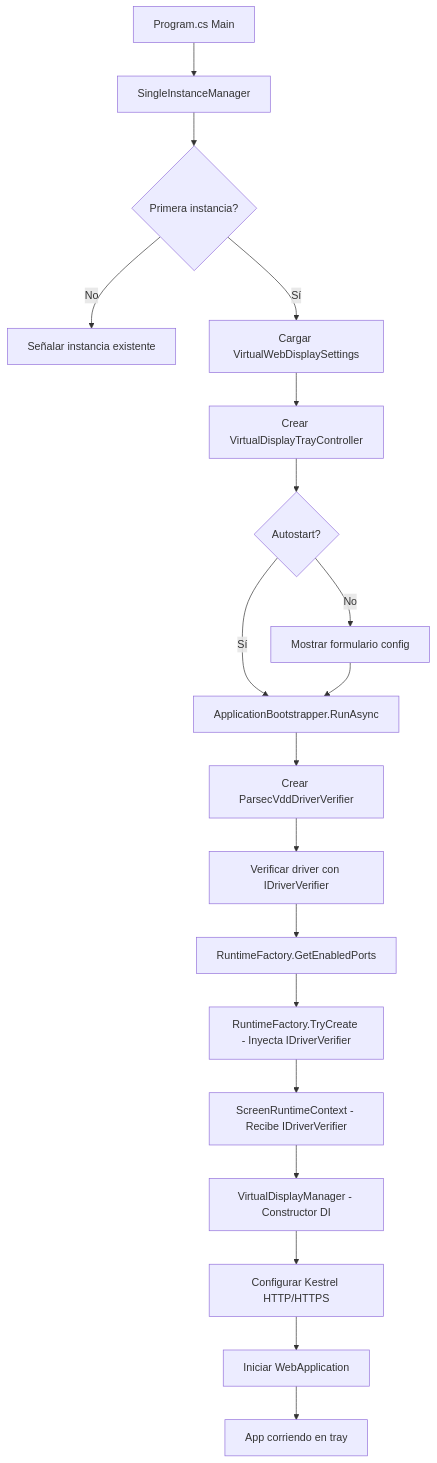
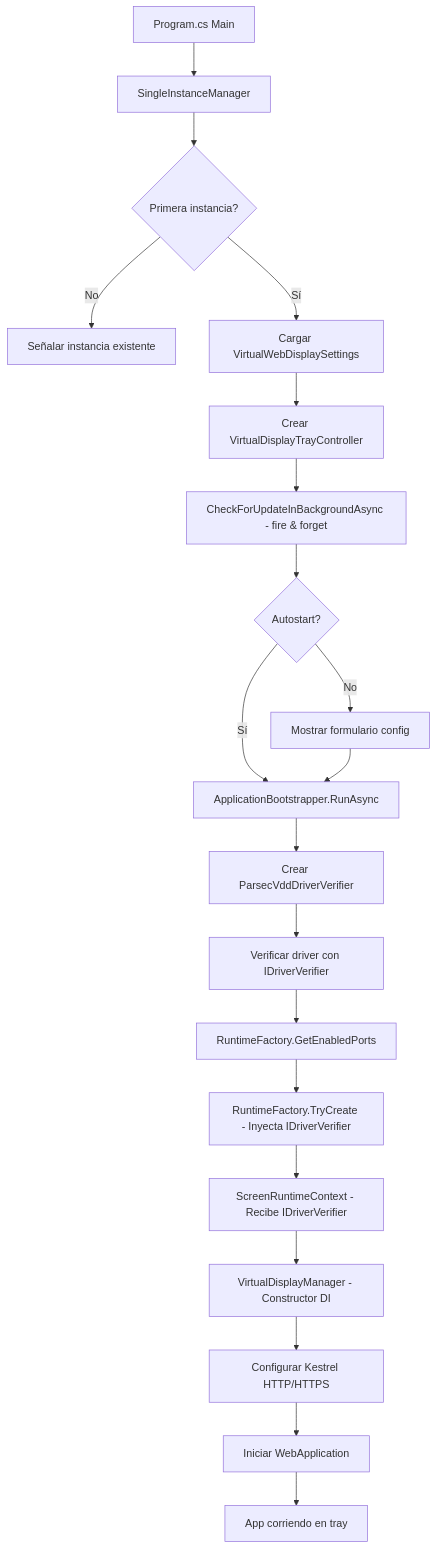
One commit to quiro90/VirtualWebDisplay changed the diagram in AGENT.md. Above: the diagram before and after it, drawn with Mermaid. The commit also changed other lines of this file and 1 other file, not shown here.

````diff
--- a/AGENT.md
+++ b/AGENT.md
@@ -119,21 +122,22 @@
 ```mermaid
 graph TD
     A[Program.cs Main] --> B[SingleInstanceManager]
     B --> C{Primera instancia?}
     C -->|No| D[Señalar instancia existente]
     C -->|Sí| E[Cargar VirtualWebDisplaySettings]
     E --> F[Crear VirtualDisplayTrayController]
-    F --> G{Autostart?}
-    G -->|No| H[Mostrar formulario config]
-    G -->|Sí| I[ApplicationBootstrapper.RunAsync]
-    H --> I
-    I --> J[Crear ParsecVddDriverVerifier]
-    J --> K[Verificar driver con IDriverVerifier]
-    K --> L[RuntimeFactory.GetEnabledPorts]
-    L --> M[RuntimeFactory.TryCreate - Inyecta IDriverVerifier]
-    M --> N[ScreenRuntimeContext - Recibe IDriverVerifier]
-    N --> O[VirtualDisplayManager - Constructor DI]
-    O --> P[Configurar Kestrel HTTP/HTTPS]
-    P --> Q[Iniciar WebApplication]
-    Q --> R[App corriendo en tray]
+    F --> G[CheckForUpdateInBackgroundAsync - fire & forget]
+    G --> H{Autostart?}
+    H -->|No| I[Mostrar formulario config]
+    H -->|Sí| J[ApplicationBootstrapper.RunAsync]
+    I --> J
+    J --> K[Crear ParsecVddDriverVerifier]
+    K --> L[Verificar driver con IDriverVerifier]
+    L --> M[RuntimeFactory.GetEnabledPorts]
+    M --> N[RuntimeFactory.TryCreate - Inyecta IDriverVerifier]
+    N --> O[ScreenRuntimeContext - Recibe IDriverVerifier]
+    O --> P[VirtualDisplayManager - Constructor DI]
+    P --> Q[Configurar Kestrel HTTP/HTTPS]
+    Q --> R[Iniciar WebApplication]
+    R --> S[App corriendo en tray]
 ```
````
